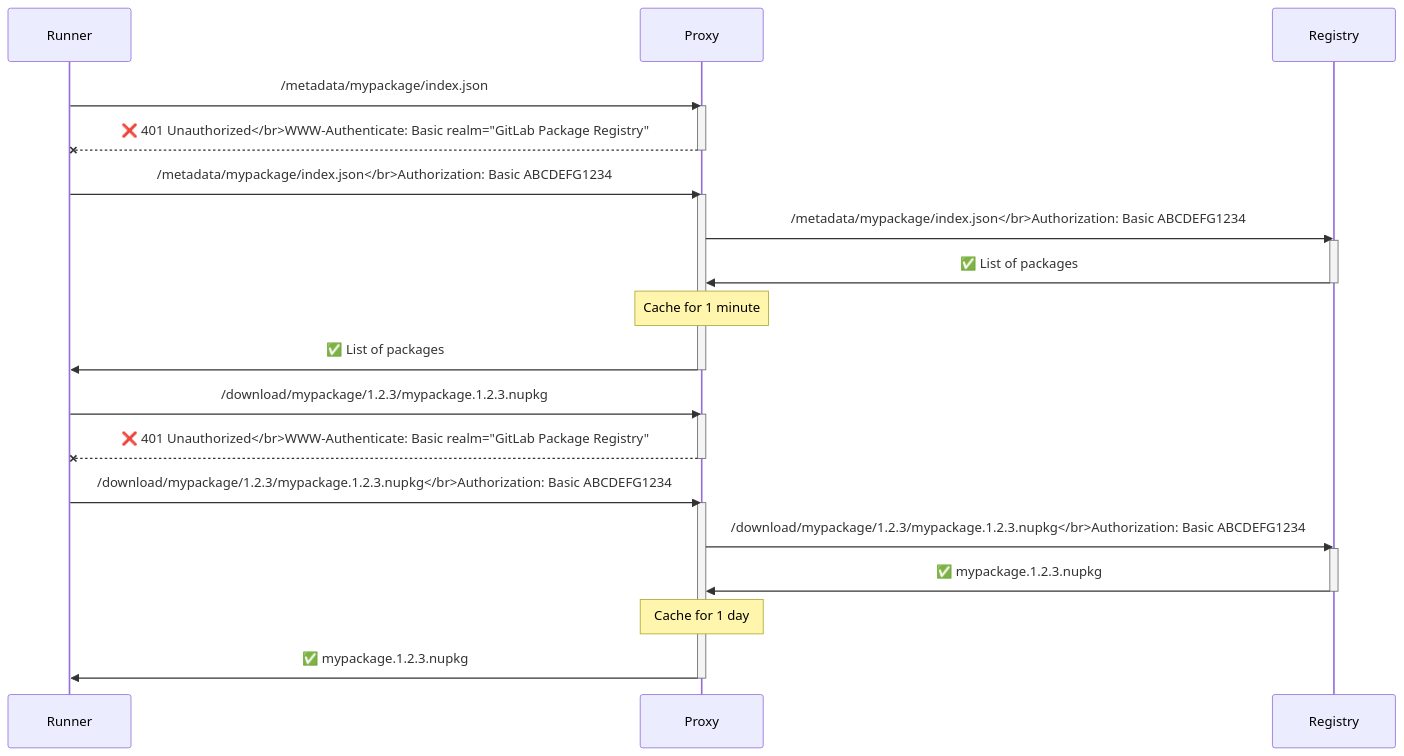
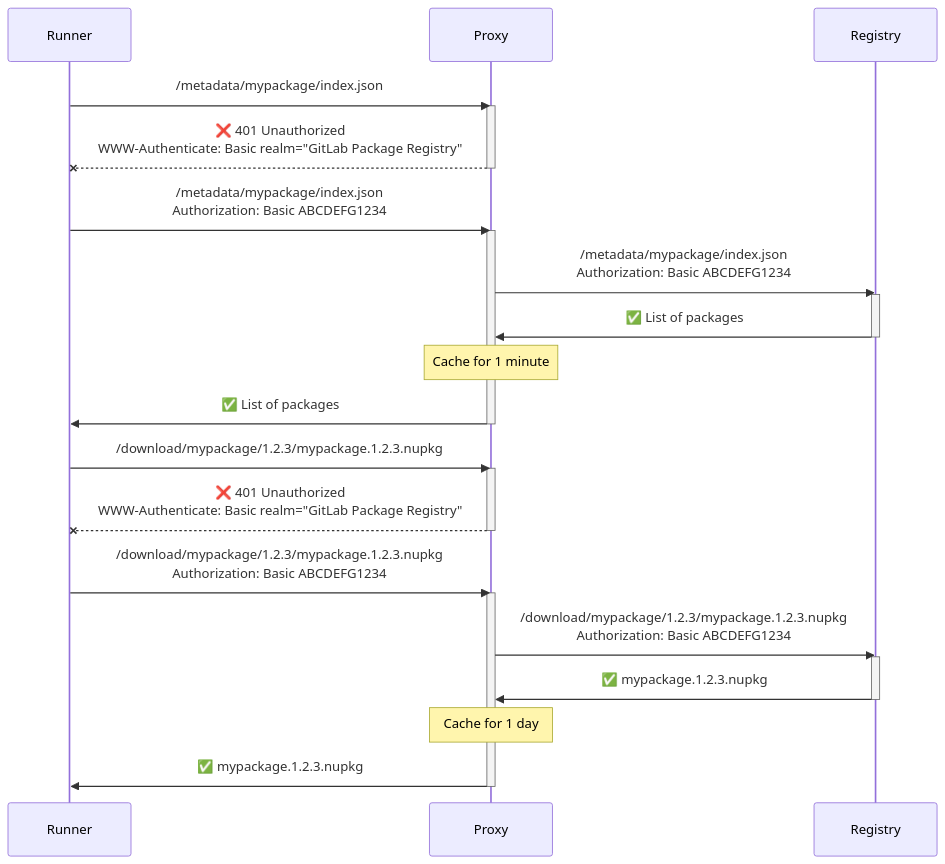
Before and after one commit to ogxd/ogxd.github.io: the fifth of 6 diagrams in content/articles/nuget-caching/index.md, drawn with Mermaid. The commit also changed other lines of this file, not shown here.

```diff
--- a/content/articles/nuget-caching/index.md
+++ b/content/articles/nuget-caching/index.md
@@ -204,44 +204,44 @@
 {{<mermaid>}}
 sequenceDiagram
     participant Runner
     participant Proxy
     participant Registry
 
     Runner->>Proxy: /metadata/mypackage/index.json
     activate Proxy
-    Proxy--xRunner: ❌ 401 Unauthorized</br>WWW-Authenticate: Basic realm="GitLab Package Registry"
+    Proxy--xRunner: ❌ 401 Unauthorized<br/>WWW-Authenticate: Basic realm="GitLab Package Registry"
     deactivate Proxy
 
-    Runner->>Proxy: /metadata/mypackage/index.json</br>Authorization: Basic ABCDEFG1234
+    Runner->>Proxy: /metadata/mypackage/index.json<br/>Authorization: Basic ABCDEFG1234
     activate Proxy
 
-    Proxy->>Registry: /metadata/mypackage/index.json</br>Authorization: Basic ABCDEFG1234
+    Proxy->>Registry: /metadata/mypackage/index.json<br/>Authorization: Basic ABCDEFG1234
     activate Registry
 
     Registry->>Proxy: ✅ List of packages
     deactivate Registry
 
     Note over Proxy: Cache for 1 minute
 
     Proxy->>Runner: ✅ List of packages
     deactivate Proxy
 
     Runner->>Proxy: /download/mypackage/1.2.3/mypackage.1.2.3.nupkg
     activate Proxy
-    Proxy--xRunner: ❌ 401 Unauthorized</br>WWW-Authenticate: Basic realm="GitLab Package Registry"
+    Proxy--xRunner: ❌ 401 Unauthorized<br/>WWW-Authenticate: Basic realm="GitLab Package Registry"
     deactivate Proxy
 
-    Runner->>Proxy: /download/mypackage/1.2.3/mypackage.1.2.3.nupkg</br>Authorization: Basic ABCDEFG1234
+    Runner->>Proxy: /download/mypackage/1.2.3/mypackage.1.2.3.nupkg<br/>Authorization: Basic ABCDEFG1234
     activate Proxy
 
-    Proxy->>Registry: /download/mypackage/1.2.3/mypackage.1.2.3.nupkg</br>Authorization: Basic ABCDEFG1234
+    Proxy->>Registry: /download/mypackage/1.2.3/mypackage.1.2.3.nupkg<br/>Authorization: Basic ABCDEFG1234
     activate Registry
 
     Registry->>Proxy: ✅ mypackage.1.2.3.nupkg
     deactivate Registry
 
     Note over Proxy: Cache for 1 day
 
     Proxy->>Runner: ✅ mypackage.1.2.3.nupkg
     deactivate Proxy
 {{</mermaid>}}
```
